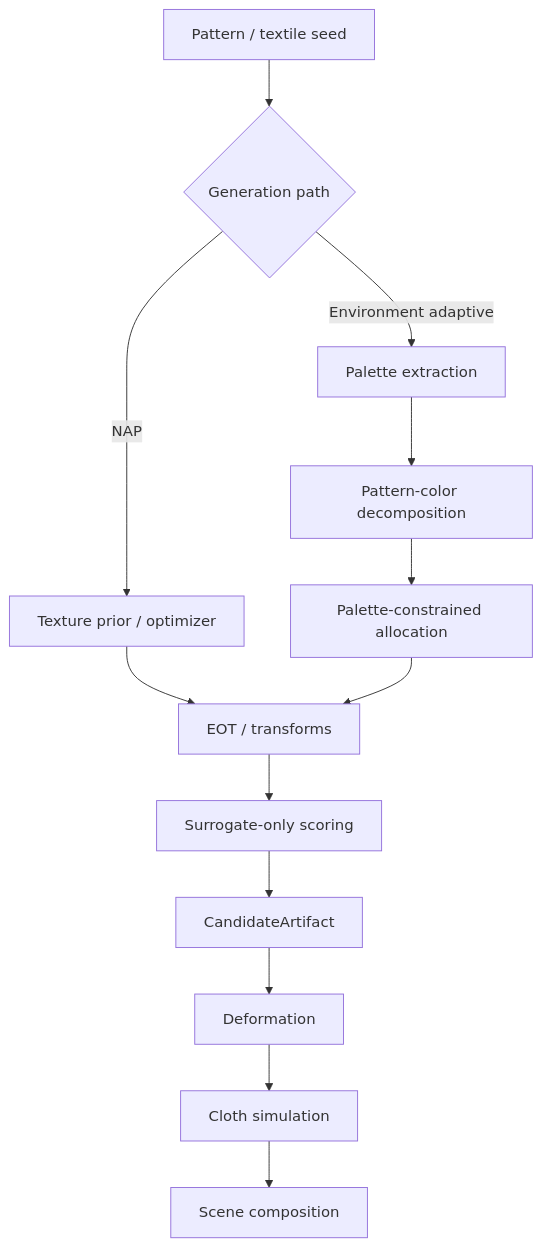
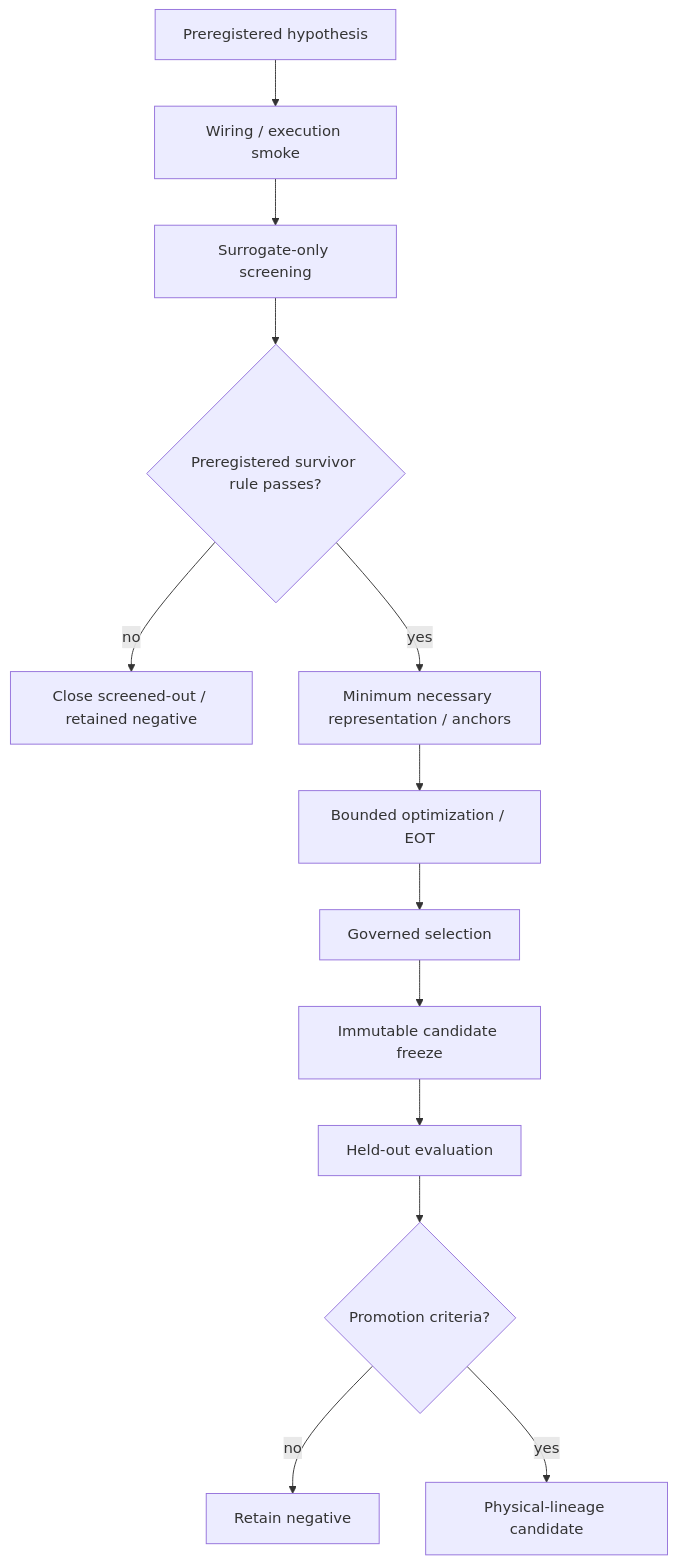
One commit to ninja-ops-guy/adversarial-clothing-pipeline changed the third of 13 diagrams in docs/DIAGRAMS.md. Above: the diagram before and after it, drawn with Mermaid. The commit also changed other lines of this file, not shown here.

Commit message:
docs: refresh RAC diagrams for current lineage and P1 path

````diff
--- a/docs/DIAGRAMS.md
+++ b/docs/DIAGRAMS.md
@@ -87,15 +75,15 @@
 ```mermaid
 flowchart TD
-    A[Pattern / textile seed] --> B{Generation path}
-    B -->|NAP| C[Texture prior / optimizer]
-    B -->|Environment adaptive| D[Palette extraction]
-    D --> E[Pattern-color decomposition]
-    E --> F[Palette-constrained allocation]
-    C --> G[EOT / transforms]
-    F --> G
-    G --> H[Surrogate-only scoring]
-    H --> I[CandidateArtifact]
-    I --> J[Deformation]
-    J --> K[Cloth simulation]
-    K --> L[Scene composition]
+    H[Preregistered hypothesis] --> S0[Wiring / execution smoke]
+    S0 --> S1[Surrogate-only screening]
+    S1 --> G{Preregistered survivor rule passes?}
+    G -- no --> N[Close screened-out / retained negative]
+    G -- yes --> A[Minimum necessary representation / anchors]
+    A --> O[Bounded optimization / EOT]
+    O --> SEL[Governed selection]
+    SEL --> F[Immutable candidate freeze]
+    F --> HO[Held-out evaluation]
+    HO --> P{Promotion criteria?}
+    P -- no --> R[Retain negative]
+    P -- yes --> PH[Physical-lineage candidate]
 ```
````
